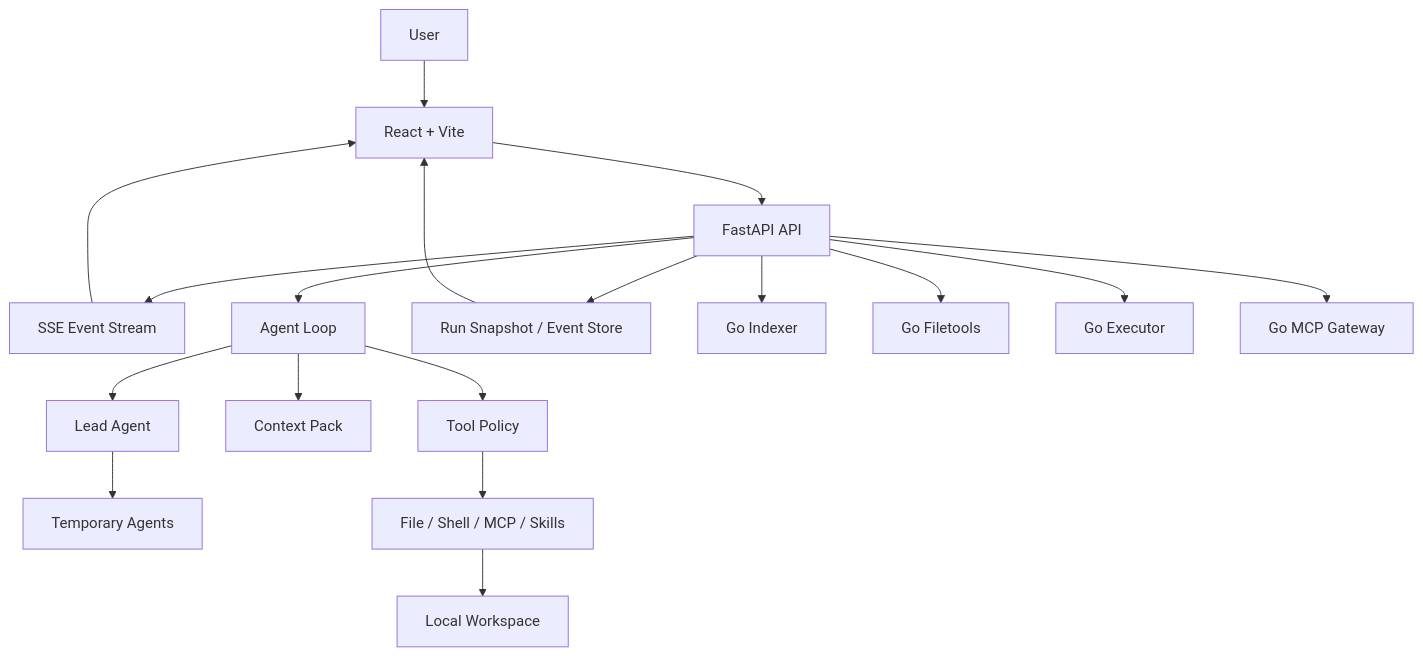
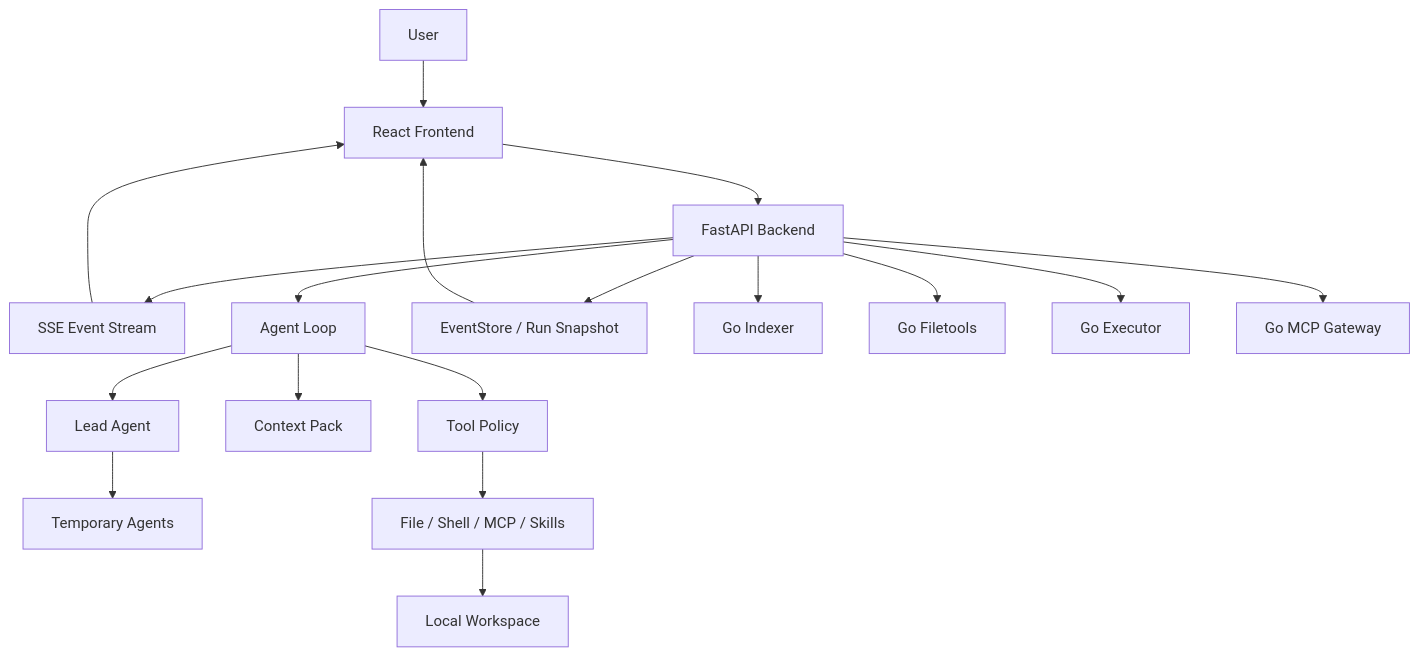
Before and after one commit to MagicalLiHua/nanoCursor: the diagram in README.md, drawn with Mermaid. The commit also changed other lines of this file and 55 other files, not shown here.

````diff
--- a/README.md
+++ b/README.md
@@ -155,23 +168,23 @@
 ```mermaid
 flowchart TD
-    User["User"] --> UI["React + Vite"]
-    UI --> API["FastAPI API"]
+    User["User"] --> UI["React Frontend"]
+    UI --> API["FastAPI Backend"]
     API --> SSE["SSE Event Stream"]
     SSE --> UI
 
     API --> Loop["Agent Loop"]
     Loop --> Lead["Lead Agent"]
     Lead --> Agents["Temporary Agents"]
     Loop --> Context["Context Pack"]
     Loop --> Policy["Tool Policy"]
     Policy --> Tools["File / Shell / MCP / Skills"]
     Tools --> Workspace["Local Workspace"]
 
-    API --> Store["Run Snapshot / Event Store"]
+    API --> Store["EventStore / Run Snapshot"]
     Store --> UI
 
     API --> GoIndexer["Go Indexer"]
     API --> GoFiletools["Go Filetools"]
     API --> GoExecutor["Go Executor"]
     API --> GoMCP["Go MCP Gateway"]
 ```
````
